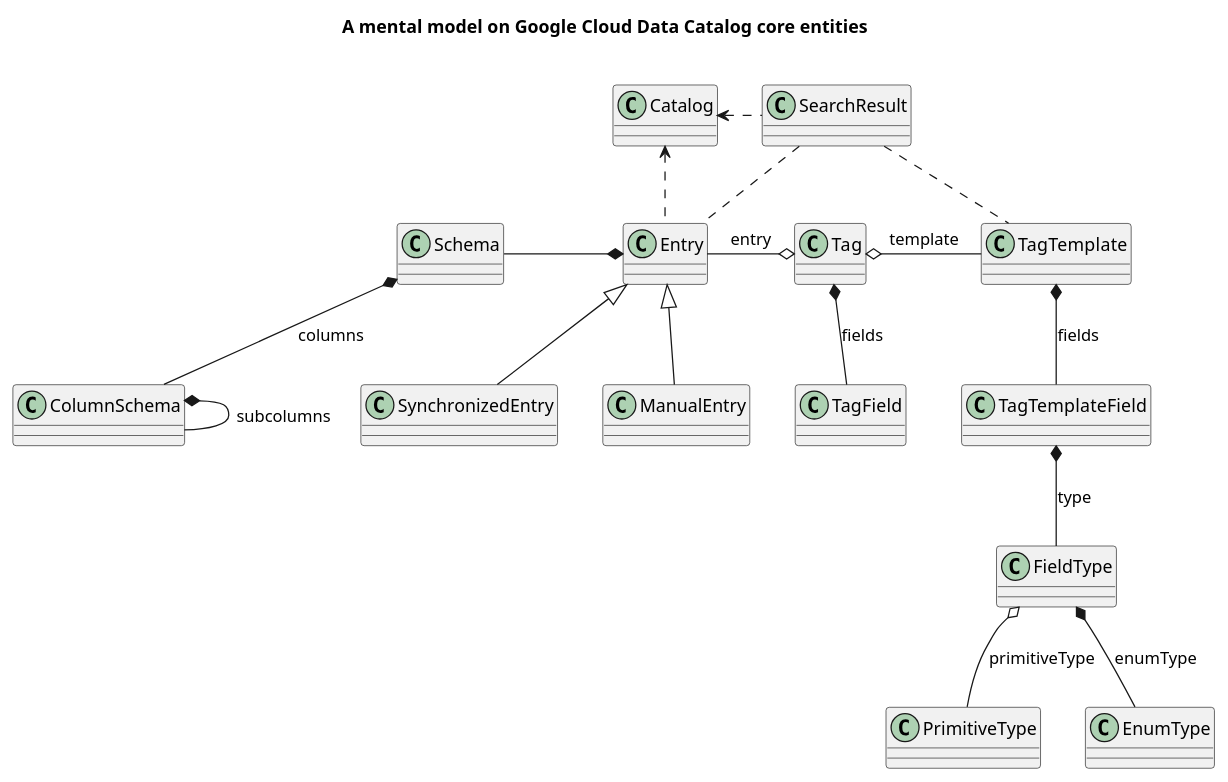
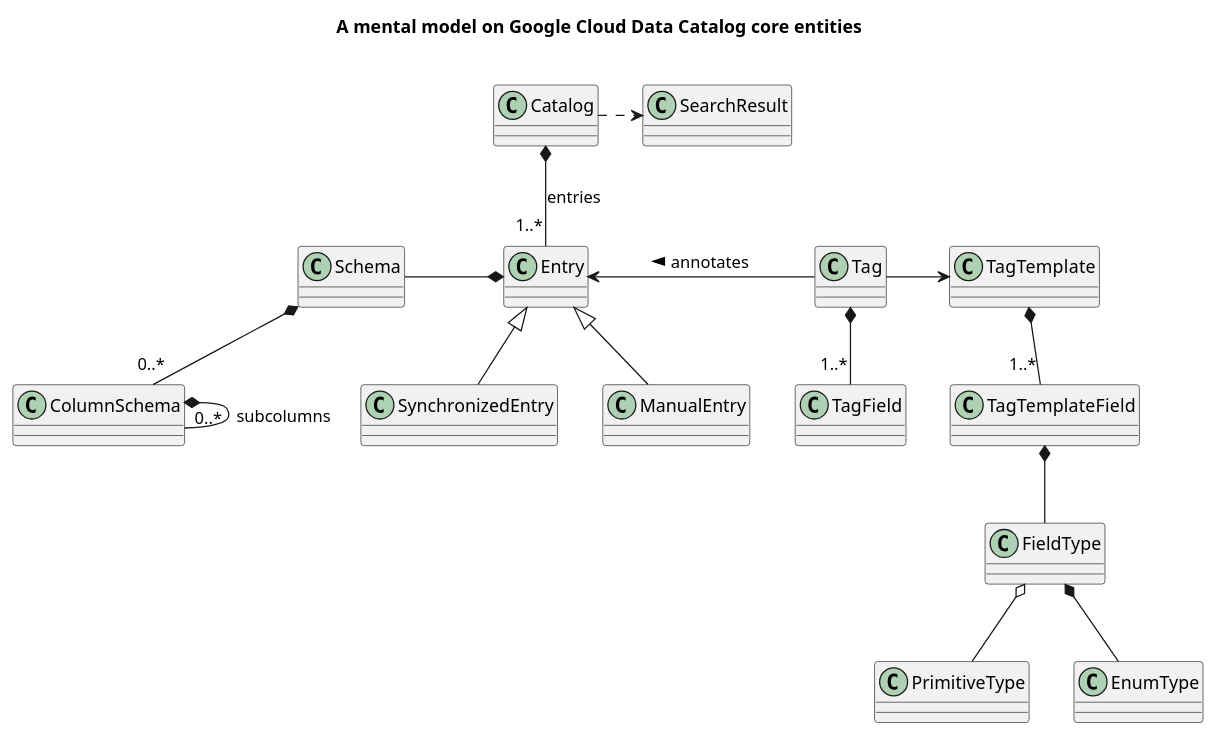
Before and after one commit to ricardolsmendes/gcp-datacatalog-diagrams: the diagram in mental-model/core-classes.plantuml, drawn with PlantUML. The commit also changed 11 other files, not shown here.

Commit message:
Fix/improve the diagrams

```diff
--- a/mental-model/core-classes.plantuml
+++ b/mental-model/core-classes.plantuml
@@ -1,26 +1,27 @@
 @startuml
+
+skinparam backgroundcolor transparent
+
 
 title A mental model on Google Cloud Data Catalog core entities\n
 
 
-Catalog <. SearchResult
-Catalog <.. Entry
-SearchResult .. Entry
-SearchResult .. TagTemplate
+Catalog .> SearchResult
+Catalog *-- "1..*" Entry : entries
 
 Entry <|-- ManualEntry
 Entry <|-- SynchronizedEntry
 Schema -* Entry
-Schema *-- ColumnSchema : columns
-ColumnSchema *-- ColumnSchema : subcolumns
+Schema *-- "0..*" ColumnSchema
+ColumnSchema *-- "0..*" ColumnSchema : subcolumns
 
-Tag o- TagTemplate : template
-Tag *-- TagField : fields
-TagTemplate *-- TagTemplateField : fields
-TagTemplateField *-- FieldType : type
-FieldType o-- PrimitiveType : primitiveType
-FieldType *-- EnumType : enumType
+Tag -> TagTemplate
+Tag *-- "1..*" TagField
+TagTemplate *-- "1..*" TagTemplateField
+TagTemplateField *-- FieldType
+FieldType o-- PrimitiveType
+FieldType *-- EnumType
 
-Entry -o Tag : entry
+Entry <- Tag : < annotates
 
 @enduml
```
